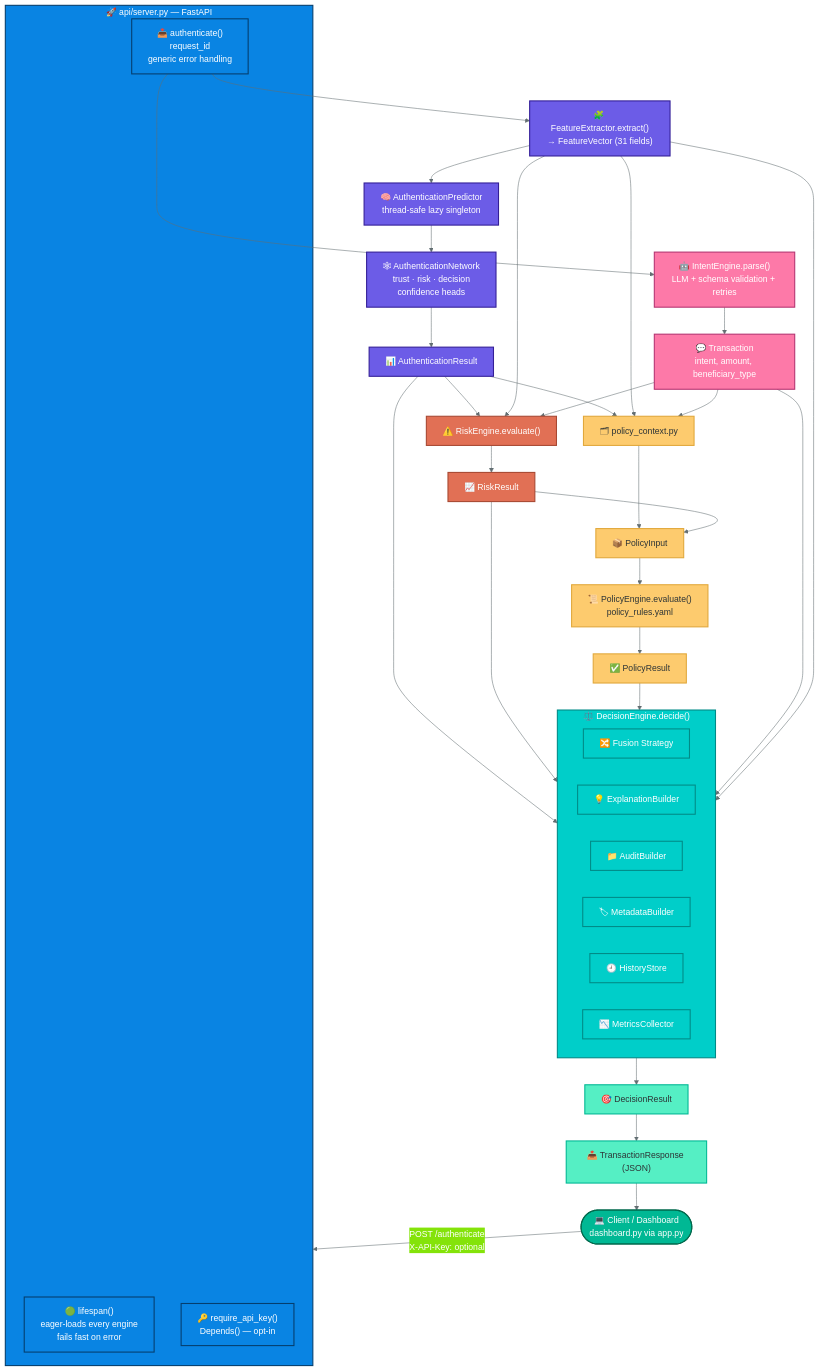
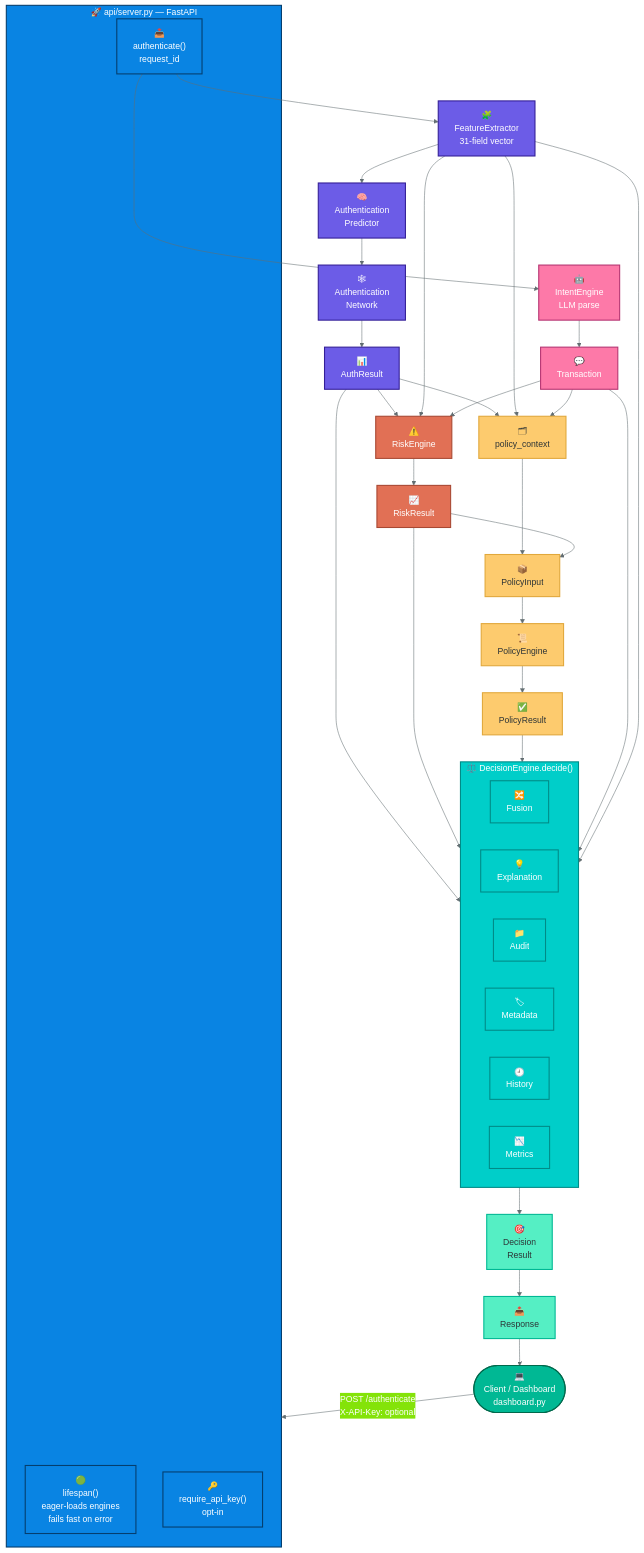
The second of 15 diagrams in README.md (couder-04/NeuralAuth), drawn with Mermaid before and after one commit. The commit also changed other lines of this file, not shown here.

````diff
--- a/README.md
+++ b/README.md
@@ -119,69 +119,69 @@
 ```mermaid
 %%{init: {'theme':'base', 'themeVariables': {'primaryColor':'#0984e3','primaryTextColor':'#fff','primaryBorderColor':'#2d3436','lineColor':'#636e72'}}}%%
 flowchart TD
-    Client(["💻 Client / Dashboard<br/>dashboard.py via app.py"]) -->|"POST /authenticate<br/>X-API-Key: optional"| API
+    Client(["💻<br/>Client / Dashboard<br/>dashboard.py"]) -->|"POST /authenticate<br/>X-API-Key: optional"| API
 
     subgraph API["🚀 api/server.py — FastAPI"]
-        Lifespan["🟢 lifespan()<br/>eager-loads every engine<br/>fails fast on error"]
-        Auth["🔑 require_api_key()<br/>Depends() — opt-in"]
-        Route["📥 authenticate()<br/>request_id<br/>generic error handling"]
+        Lifespan["🟢<br/>lifespan()<br/>eager-loads engines<br/>fails fast on error"]
+        Auth["🔑<br/>require_api_key()<br/>opt-in"]
+        Route["📥<br/>authenticate()<br/>request_id"]
     end
 
-    Route --> FE["🧩 FeatureExtractor.extract()<br/>→ FeatureVector (31 fields)"]
-    FE --> Pred["🧠 AuthenticationPredictor<br/>thread-safe lazy singleton"]
-    Pred --> Net["🕸 AuthenticationNetwork<br/>trust · risk · decision<br/>confidence heads"]
-    Net --> AuthResult["📊 AuthenticationResult"]
+    Route --> FE["🧩<br/>FeatureExtractor<br/>31-field vector"]
+    FE --> Pred["🧠<br/>Authentication<br/>Predictor"]
+    Pred --> Net["🕸<br/>Authentication<br/>Network"]
+    Net --> AuthResult["📊<br/>AuthResult"]
 
-    Route --> IE["🤖 IntentEngine.parse()<br/>LLM + schema validation + retries"]
-    IE --> Txn["💬 Transaction<br/>intent, amount, beneficiary_type"]
+    Route --> IE["🤖<br/>IntentEngine<br/>LLM parse"]
+    IE --> Txn["💬<br/>Transaction"]
 
-    AuthResult --> RE["⚠️ RiskEngine.evaluate()"]
+    AuthResult --> RE["⚠️<br/>RiskEngine"]
     FE --> RE
     Txn --> RE
-    RE --> RiskResult["📈 RiskResult"]
+    RE --> RiskResult["📈<br/>RiskResult"]
 
-    AuthResult --> PC["🗂 policy_context.py"]
+    AuthResult --> PC["🗂<br/>policy_context"]
     FE --> PC
     Txn --> PC
-    PC --> PI["📦 PolicyInput"]
+    PC --> PI["📦<br/>PolicyInput"]
     RiskResult --> PI
-    PI --> PE["📜 PolicyEngine.evaluate()<br/>policy_rules.yaml"]
-    PE --> PolicyResult["✅ PolicyResult"]
+    PI --> PE["📜<br/>PolicyEngine"]
+    PE --> PolicyResult["✅<br/>PolicyResult"]
 
     AuthResult --> DE
     RiskResult --> DE
     PolicyResult --> DE
     Txn --> DE
     FE --> DE
 
     subgraph DE["⚖️ DecisionEngine.decide()"]
-        Fusion["🔀 Fusion Strategy"]
-        Explain["💡 ExplanationBuilder"]
-        AuditB["📁 AuditBuilder"]
-        Meta["🏷 MetadataBuilder"]
-        Hist["🕘 HistoryStore"]
-        Metrics["📉 MetricsCollector"]
+        Fusion["🔀<br/>Fusion"]
+        Explain["💡<br/>Explanation"]
+        AuditB["📁<br/>Audit"]
+        Meta["🏷<br/>Metadata"]
+        Hist["🕘<br/>History"]
+        Metrics["📉<br/>Metrics"]
     end
 
-    DE --> DecisionResult["🎯 DecisionResult"]
-    DecisionResult --> Response["📤 TransactionResponse (JSON)"]
+    DE --> DecisionResult["🎯<br/>Decision<br/>Result"]
+    DecisionResult --> Response["📤<br/>Response"]
     Response --> Client
 
     classDef client fill:#00b894,stroke:#00694c,color:#fff,stroke-width:2px
     classDef apilayer fill:#0984e3,stroke:#053e6e,color:#fff,stroke-width:2px
     classDef feature fill:#6c5ce7,stroke:#341f97,color:#fff,stroke-width:2px
     classDef intent fill:#fd79a8,stroke:#b53471,color:#fff,stroke-width:2px
     classDef risk fill:#e17055,stroke:#a84832,color:#fff,stroke-width:2px
     classDef policy fill:#fdcb6e,stroke:#e1a83c,color:#2d3436,stroke-width:2px
     classDef decision fill:#00cec9,stroke:#008b87,color:#fff,stroke-width:2px
     classDef out fill:#55efc4,stroke:#00b894,color:#2d3436,stroke-width:2px
 
     class Client client
     class API,Lifespan,Auth,Route apilayer
     class FE,Pred,Net,AuthResult feature
     class IE,Txn intent
     class RE,RiskResult risk
     class PC,PI,PE,PolicyResult policy
     class DE,Fusion,Explain,AuditB,Meta,Hist,Metrics decision
     class DecisionResult,Response out
 ```
````
